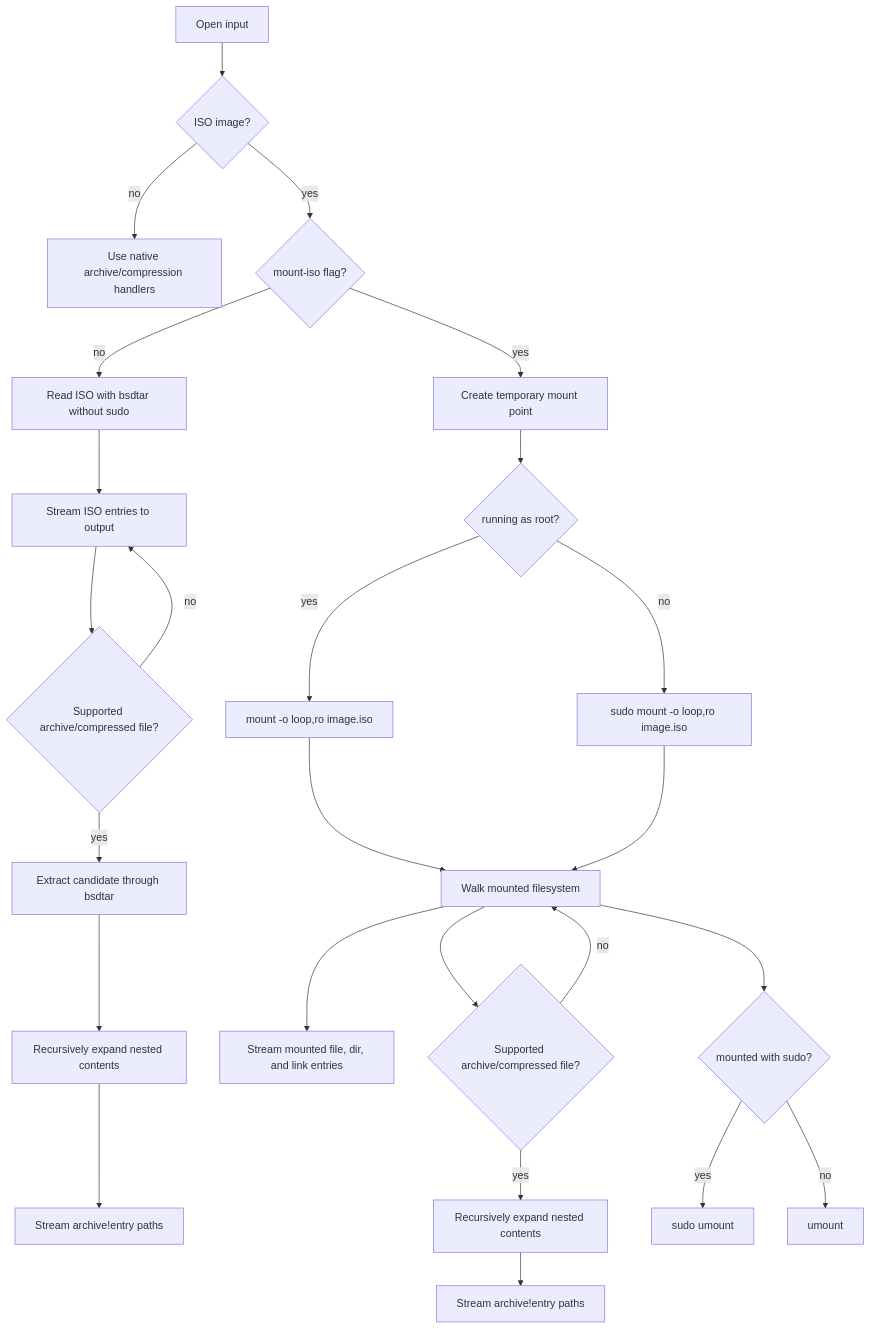
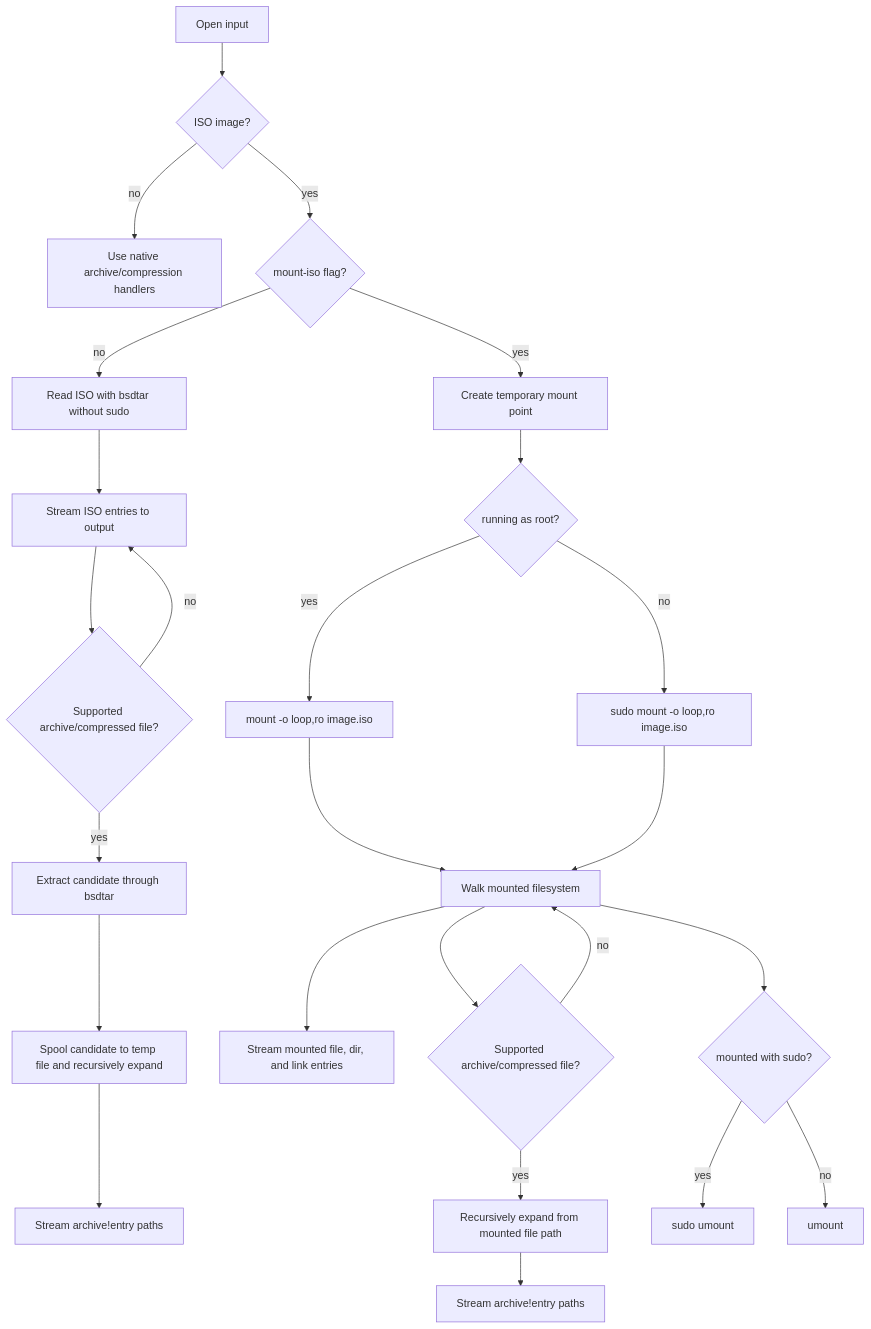
The diagram in README.md (Mjwagner2277/omega-file-lister), drawn with Mermaid before and after one commit. The commit also changed other lines of this file and 7 other files, not shown here.

````diff
--- a/README.md
+++ b/README.md
@@ -250,27 +252,27 @@
 ```mermaid
 flowchart TD
     A[Open input] --> B{ISO image?}
     B -- no --> C[Use native archive/compression handlers]
     B -- yes --> D{mount-iso flag?}
     D -- no --> E[Read ISO with bsdtar without sudo]
     E --> F[Stream ISO entries to output]
     F --> G{Supported archive/compressed file?}
     G -- yes --> H[Extract candidate through bsdtar]
-    H --> I[Recursively expand nested contents]
+    H --> I[Spool candidate to temp file and recursively expand]
     I --> J[Stream archive!entry paths]
     G -- no --> F
     D -- yes --> K[Create temporary mount point]
     K --> L{running as root?}
     L -- yes --> M[mount -o loop,ro image.iso]
     L -- no --> N[sudo mount -o loop,ro image.iso]
     M --> O[Walk mounted filesystem]
     N --> O
     O --> P[Stream mounted file, dir, and link entries]
     O --> Q{Supported archive/compressed file?}
-    Q -- yes --> R[Recursively expand nested contents]
+    Q -- yes --> R[Recursively expand from mounted file path]
     R --> S[Stream archive!entry paths]
     Q -- no --> O
     O --> T{mounted with sudo?}
     T -- yes --> U[sudo umount]
     T -- no --> V[umount]
 ```
````
